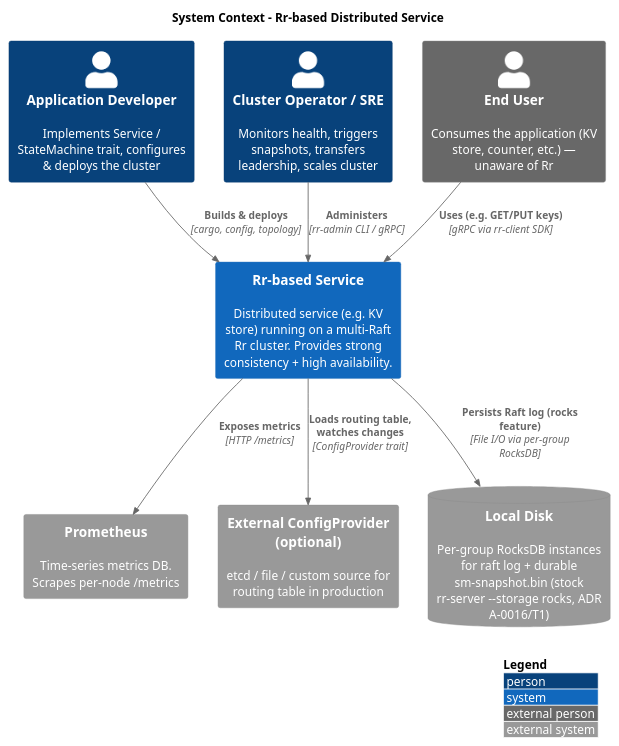
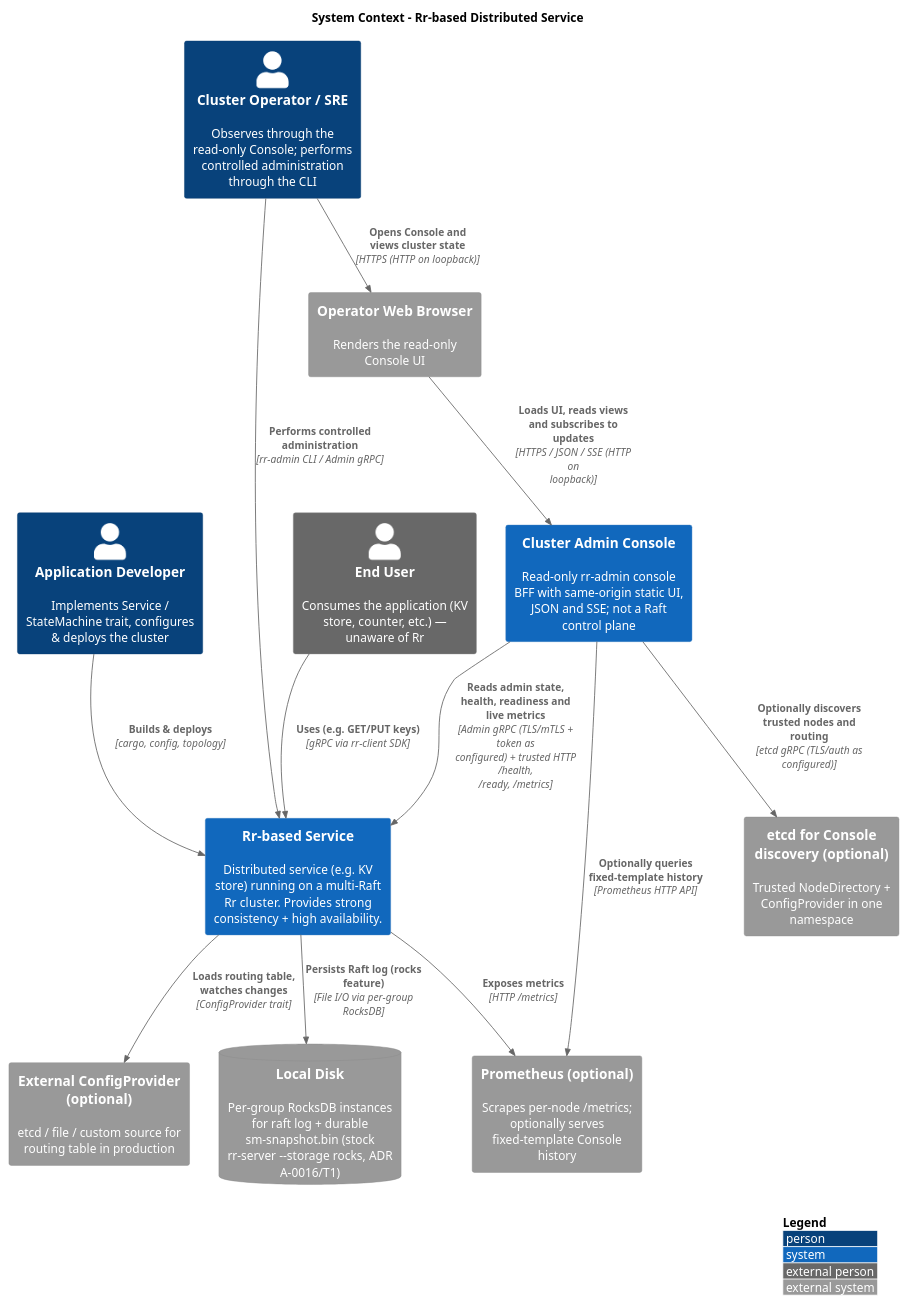
Before and after one commit to gardenias/rr: the diagram in docs/docs/architecture/c4/context.md, drawn with PlantUML. The commit also changed other lines of this file and 37 other files, not shown here.

Commit message:
docs: document cluster admin console architecture

````diff
--- a/docs/docs/architecture/c4/context.md
+++ b/docs/docs/architecture/c4/context.md
@@ -13,26 +13,34 @@
 ```plantuml
 @startuml
 !include <C4/C4_Context.puml>
 
 title System Context - Rr-based Distributed Service
 
 Person(developer, "Application Developer", "Implements Service / StateMachine trait, configures & deploys the cluster")
-Person(operator, "Cluster Operator / SRE", "Monitors health, triggers snapshots, transfers leadership, scales cluster")
+Person(operator, "Cluster Operator / SRE", "Observes through the read-only Console; performs controlled administration through the CLI")
 Person_Ext(end_user, "End User", "Consumes the application (KV store, counter, etc.) — unaware of Rr")
+System_Ext(browser, "Operator Web Browser", "Renders the read-only Console UI")
 
 System(rr_service, "Rr-based Service", "Distributed service (e.g. KV store) running on a multi-Raft Rr cluster. Provides strong consistency + high availability.")
+System(admin_console, "Cluster Admin Console", "Read-only rr-admin console BFF with same-origin static UI, JSON and SSE; not a Raft control plane")
 
-System_Ext(prometheus, "Prometheus", "Time-series metrics DB. Scrapes per-node /metrics")
+System_Ext(prometheus, "Prometheus (optional)", "Scrapes per-node /metrics; optionally serves fixed-template Console history")
 System_Ext(config_store, "External ConfigProvider (optional)", "etcd / file / custom source for routing table in production")
+System_Ext(console_etcd, "etcd for Console discovery (optional)", "Trusted NodeDirectory + ConfigProvider in one namespace")
 SystemDb_Ext(disk, "Local Disk", "Per-group RocksDB instances for raft log + durable sm-snapshot.bin (stock rr-server --storage rocks, ADR A-0016/T1)")
 
 Rel(end_user, rr_service, "Uses (e.g. GET/PUT keys)", "gRPC via rr-client SDK")
 Rel(developer, rr_service, "Builds & deploys", "cargo, config, topology")
-Rel(operator, rr_service, "Administers", "rr-admin CLI / gRPC")
+Rel(operator, browser, "Opens Console and views cluster state", "HTTPS (HTTP on loopback)")
+Rel(browser, admin_console, "Loads UI, reads views and subscribes to updates", "HTTPS / JSON / SSE (HTTP on loopback)")
+Rel(admin_console, rr_service, "Reads admin state, health, readiness and live metrics", "Admin gRPC (TLS/mTLS + token as configured) + trusted HTTP /health, /ready, /metrics")
+Rel(operator, rr_service, "Performs controlled administration", "rr-admin CLI / Admin gRPC")
 Rel(rr_service, prometheus, "Exposes metrics", "HTTP /metrics")
+Rel(admin_console, prometheus, "Optionally queries fixed-template history", "Prometheus HTTP API")
+Rel(admin_console, console_etcd, "Optionally discovers trusted nodes and routing", "etcd gRPC (TLS/auth as configured)")
 Rel(rr_service, disk, "Persists Raft log (rocks feature)", "File I/O via per-group RocksDB")
 Rel(rr_service, config_store, "Loads routing table, watches changes", "ConfigProvider trait")
 
 LAYOUT_WITH_LEGEND()
 @enduml
 ```
````
